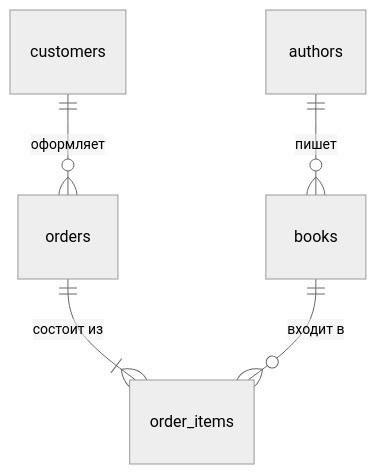
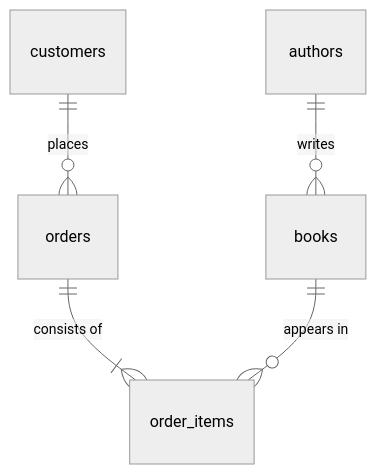
One commit to ZhdankovAlex/web-psql changed the second of 2 diagrams in README.md. Above: the diagram before and after it, drawn with Mermaid (neutral theme). The commit also changed other lines of this file and 37 other files, not shown here.

````diff
--- a/README.md
+++ b/README.md
@@ -83,7 +80,7 @@
 ```mermaid
 erDiagram
-    authors ||--o{ books : "пишет"
-    customers ||--o{ orders : "оформляет"
-    orders ||--|{ order_items : "состоит из"
-    books ||--o{ order_items : "входит в"
+    authors ||--o{ books : "writes"
+    customers ||--o{ orders : "places"
+    orders ||--|{ order_items : "consists of"
+    books ||--o{ order_items : "appears in"
 ```
````
